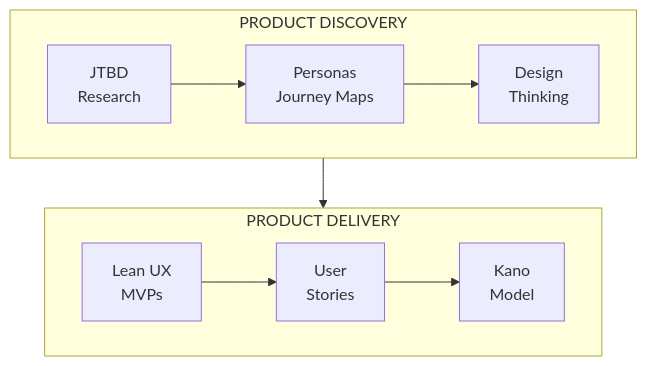
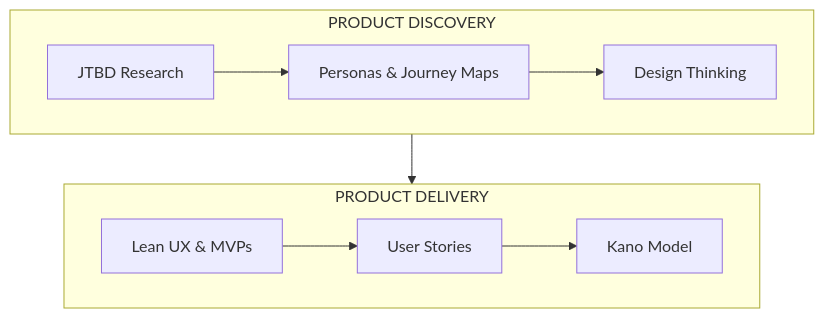
Before and after one commit to smileynet/ui-optimizer: the diagram in docs/product-design/README.md, drawn with Mermaid. The commit also changed 6 other files, not shown here.

First line of the commit message:
fix: simplify Mermaid labels - remove escaped HTML tags

````diff
--- a/docs/product-design/README.md
+++ b/docs/product-design/README.md
@@ -32,14 +32,14 @@
 ```mermaid
 flowchart TB
     subgraph Discovery["PRODUCT DISCOVERY"]
         direction LR
-        JTBD["JTBD<br/>Research"] --> Personas["Personas<br/>Journey Maps"] --> DT["Design<br/>Thinking"]
+        JTBD[JTBD Research] --> Personas[Personas & Journey Maps] --> DT[Design Thinking]
     end
     
     subgraph Delivery["PRODUCT DELIVERY"]
         direction LR
-        Lean["Lean UX<br/>MVPs"] --> Stories["User<br/>Stories"] --> Kano["Kano<br/>Model"]
+        Lean[Lean UX & MVPs] --> Stories[User Stories] --> Kano[Kano Model]
     end
     
     DT --> Lean
 ```
````
